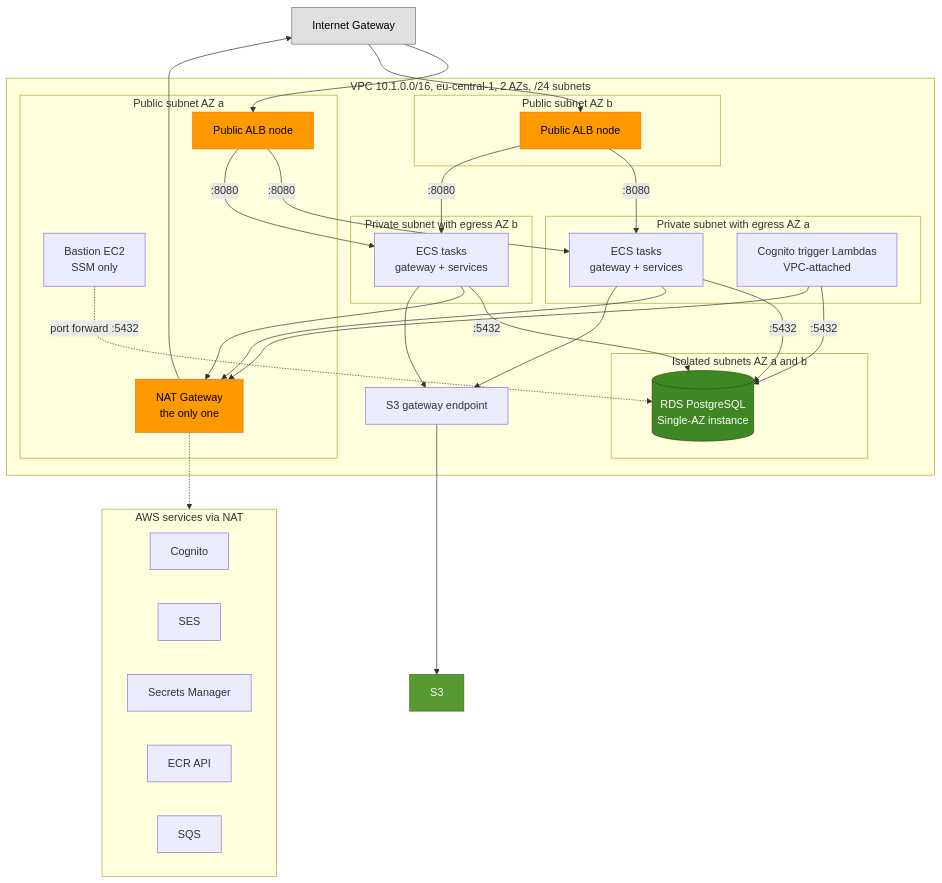
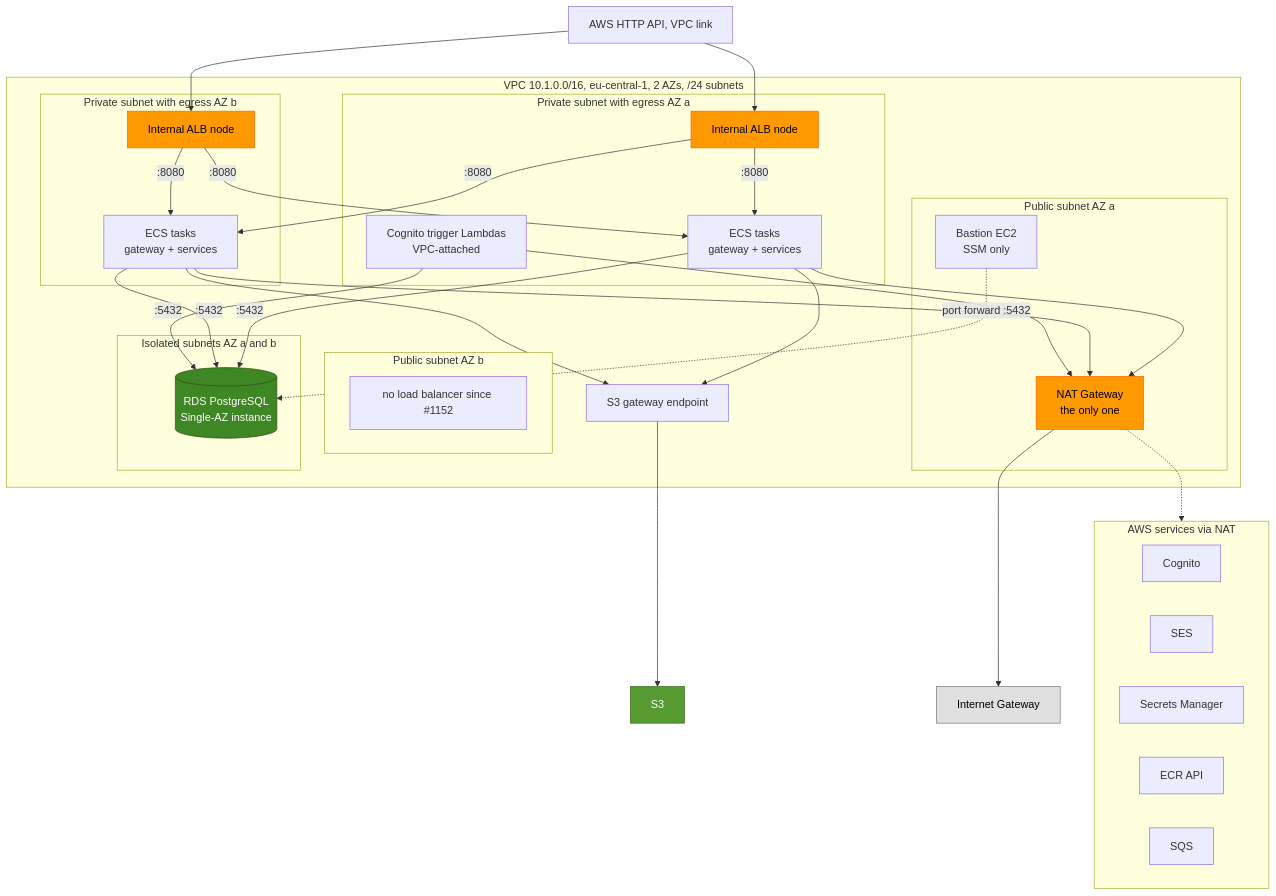
One commit to nissimbuchs/BATbern2 changed diagram 17 of 26 in docs/architecture/02-infrastructure-deployment.md. Above: the diagram before and after it, drawn with Mermaid. The commit also changed other lines of this file and 6 other files, not shown here.

First line of the commit message:
Issue sweep epic 8 part 2: remove the gateway's public load balancer (#1329)

````diff
--- a/docs/architecture/02-infrastructure-deployment.md
+++ b/docs/architecture/02-infrastructure-deployment.md
@@ -936,50 +935,51 @@
 ```mermaid
 graph TB
     IGW["Internet Gateway"]
 
     subgraph VPC["VPC 10.1.0.0/16, eu-central-1, 2 AZs, /24 subnets"]
         subgraph PUBA["Public subnet AZ a"]
             NAT1["NAT Gateway<br/>the only one"]
-            ALB_A["Public ALB node"]
             BAST["Bastion EC2<br/>SSM only"]
         end
         subgraph PUBB["Public subnet AZ b"]
-            ALB_B["Public ALB node"]
+            NONE_B["no load balancer since #1152"]
         end
         subgraph PRIVA["Private subnet with egress AZ a"]
+            ALB_A["Internal ALB node"]
             ECS_A["ECS tasks<br/>gateway + services"]
             LAMBDA["Cognito trigger Lambdas<br/>VPC-attached"]
         end
         subgraph PRIVB["Private subnet with egress AZ b"]
+            ALB_B["Internal ALB node"]
             ECS_B["ECS tasks<br/>gateway + services"]
         end
         subgraph ISOA["Isolated subnets AZ a and b"]
             RDS[("RDS PostgreSQL<br/>Single-AZ instance")]
         end
         S3EP["S3 gateway endpoint"]
     end
 
     subgraph AWSM["AWS services via NAT"]
         COGNITO["Cognito"]
         SES["SES"]
         SECRETS["Secrets Manager"]
         ECRS["ECR API"]
         SQS["SQS"]
     end
     S3["S3"]
 
-    IGW --> ALB_A & ALB_B
+    HTTPAPI_N["AWS HTTP API, VPC link"] --> ALB_A & ALB_B
     ALB_A & ALB_B -->|":8080"| ECS_A & ECS_B
     ECS_A & ECS_B & LAMBDA -->|":5432"| RDS
     BAST -.->|"port forward :5432"| RDS
     ECS_A & ECS_B & LAMBDA --> NAT1 --> IGW
     NAT1 -.-> AWSM
     ECS_A & ECS_B --> S3EP --> S3
 
     style IGW fill:#E0E0E0,stroke:#757575,color:#000
     style NAT1 fill:#FF9900,stroke:#FF6600,color:#000
     style ALB_A fill:#FF9900,stroke:#FF6600,color:#000
     style ALB_B fill:#FF9900,stroke:#FF6600,color:#000
     style RDS fill:#3F8624,stroke:#2D5016,color:#fff
     style S3 fill:#569A31,stroke:#3A6B1F,color:#fff
 ```
````
